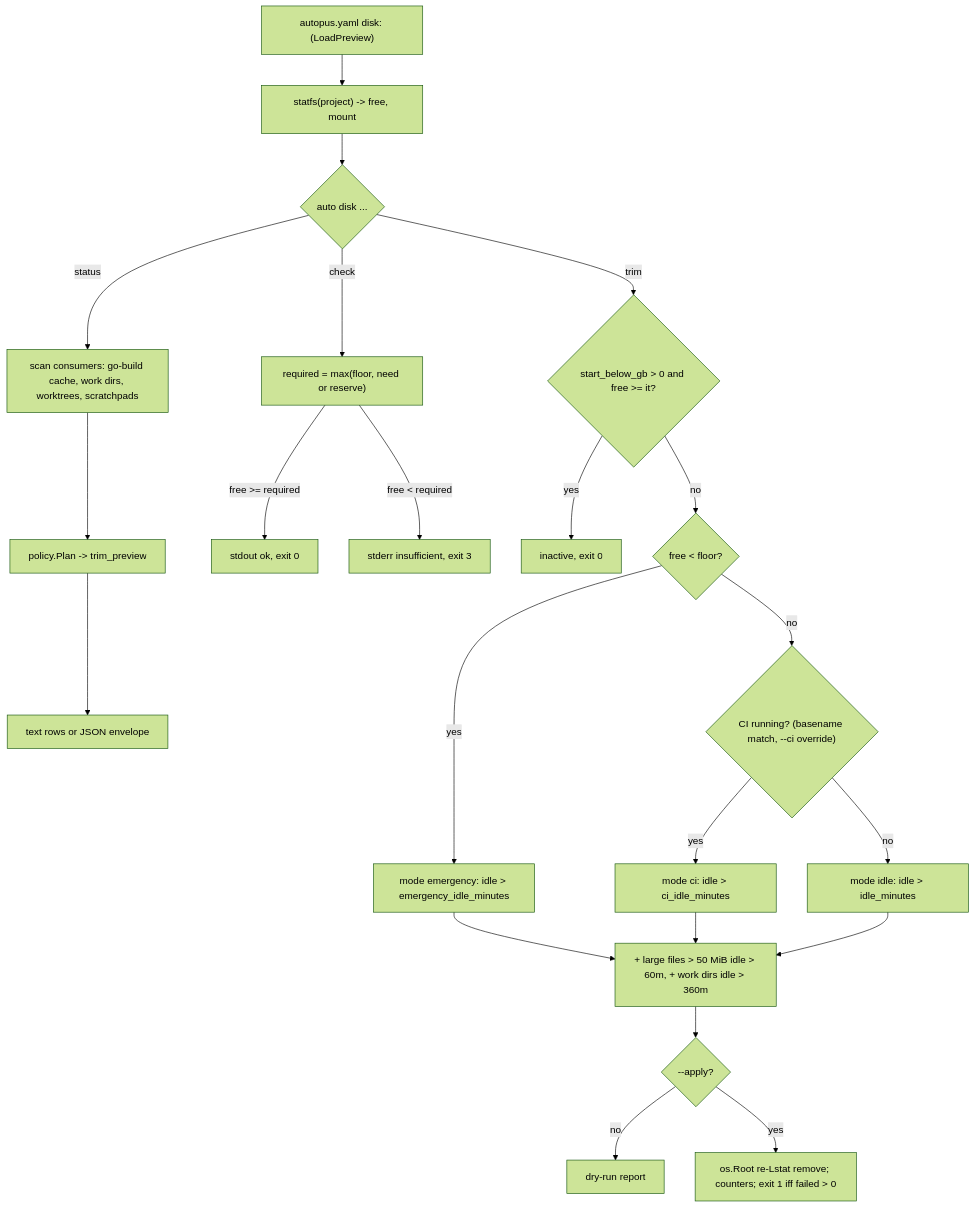
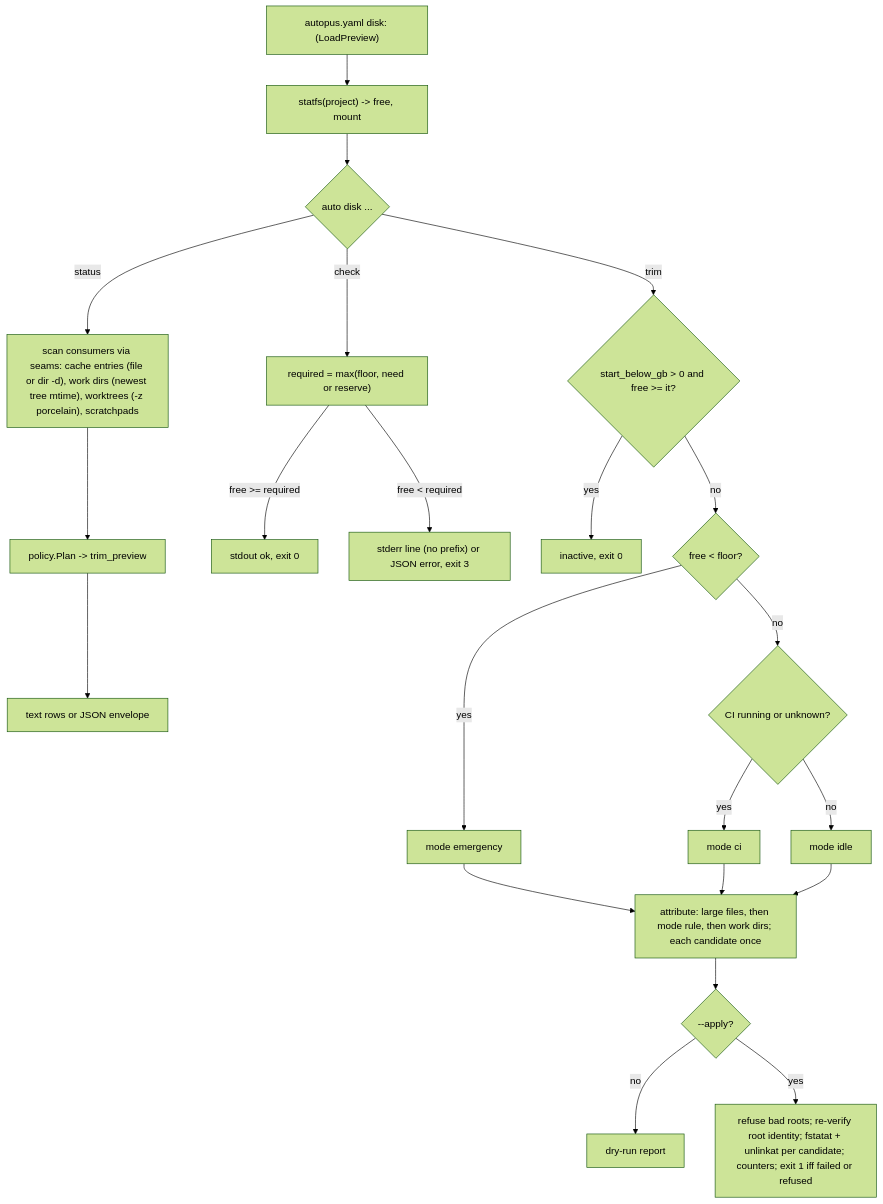
Before and after one commit to autopus-ai/autopus-adk: the diagram in .autopus/specs/SPEC-DISK-001/plan.md, drawn with Mermaid (forest theme). The commit also changed other lines of this file and 3 other files, not shown here.

````diff
--- a/.autopus/specs/SPEC-DISK-001/plan.md
+++ b/.autopus/specs/SPEC-DISK-001/plan.md
@@ -29,24 +27,24 @@
 ```mermaid
 flowchart TD
     A["autopus.yaml disk: (LoadPreview)"] --> B["statfs(project) -> free, mount"]
     B --> C{"auto disk ..."}
-    C -->|status| D["scan consumers: go-build cache, work dirs, worktrees, scratchpads"]
+    C -->|status| D["scan consumers via seams: cache entries (file or dir -d), work dirs (newest tree mtime), worktrees (-z porcelain), scratchpads"]
     D --> E["policy.Plan -> trim_preview"]
     E --> F["text rows or JSON envelope"]
     C -->|check| G["required = max(floor, need or reserve)"]
     G -->|free >= required| H["stdout ok, exit 0"]
-    G -->|free < required| I["stderr insufficient, exit 3"]
+    G -->|free < required| I["stderr line (no prefix) or JSON error, exit 3"]
     C -->|trim| J{"start_below_gb > 0 and free >= it?"}
     J -->|yes| K["inactive, exit 0"]
     J -->|no| L{"free < floor?"}
-    L -->|yes| M["mode emergency: idle > emergency_idle_minutes"]
-    L -->|no| N{"CI running? (basename match, --ci override)"}
-    N -->|yes| O["mode ci: idle > ci_idle_minutes"]
-    N -->|no| P["mode idle: idle > idle_minutes"]
-    M --> Q["+ large files > 50 MiB idle > 60m, + work dirs idle > 360m"]
+    L -->|yes| M["mode emergency"]
+    L -->|no| N{"CI running or unknown?"}
+    N -->|yes| O["mode ci"]
+    N -->|no| P["mode idle"]
+    M --> Q["attribute: large files, then mode rule, then work dirs; each candidate once"]
     O --> Q
     P --> Q
     Q --> R{"--apply?"}
     R -->|no| S["dry-run report"]
-    R -->|yes| T["os.Root re-Lstat remove; counters; exit 1 iff failed > 0"]
+    R -->|yes| T["refuse bad roots; re-verify root identity; fstatat + unlinkat per candidate; counters; exit 1 iff failed or refused"]
 ```
````
